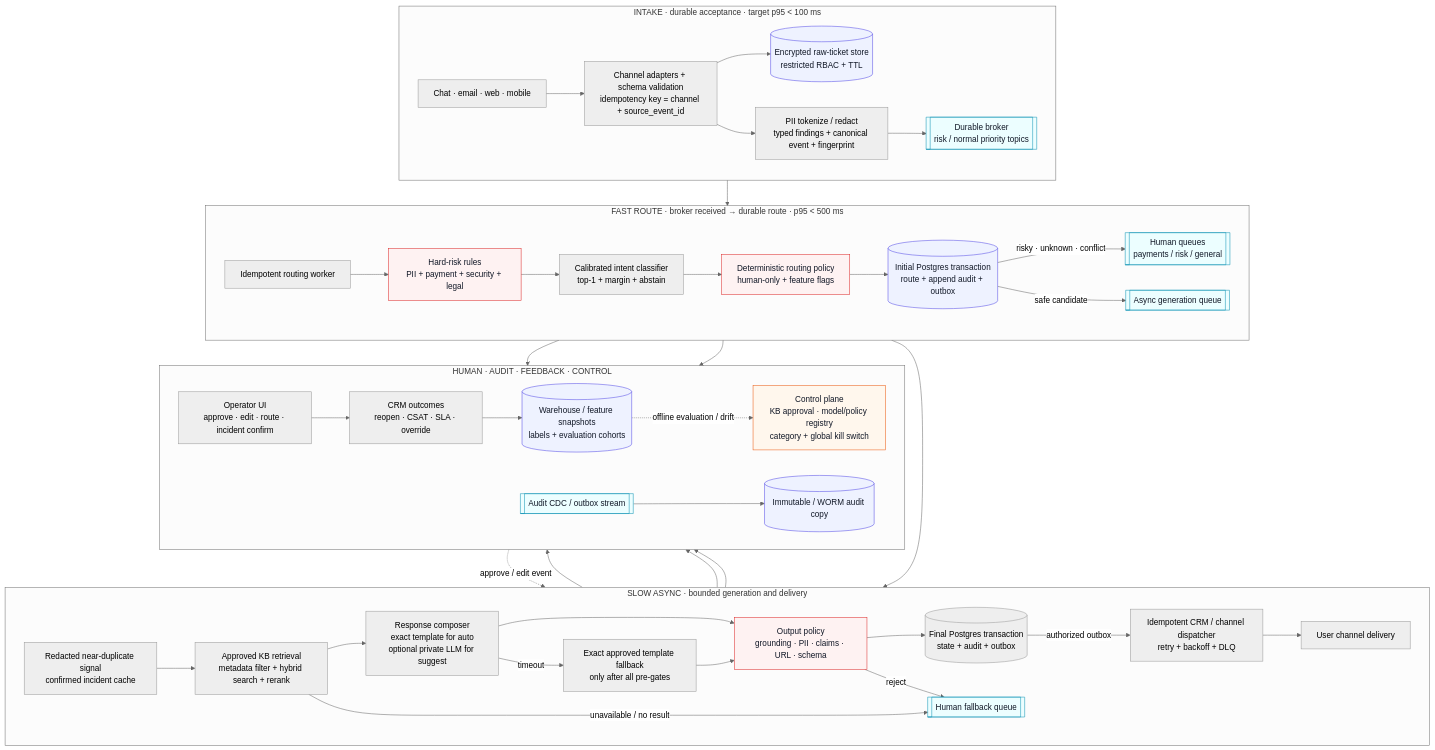
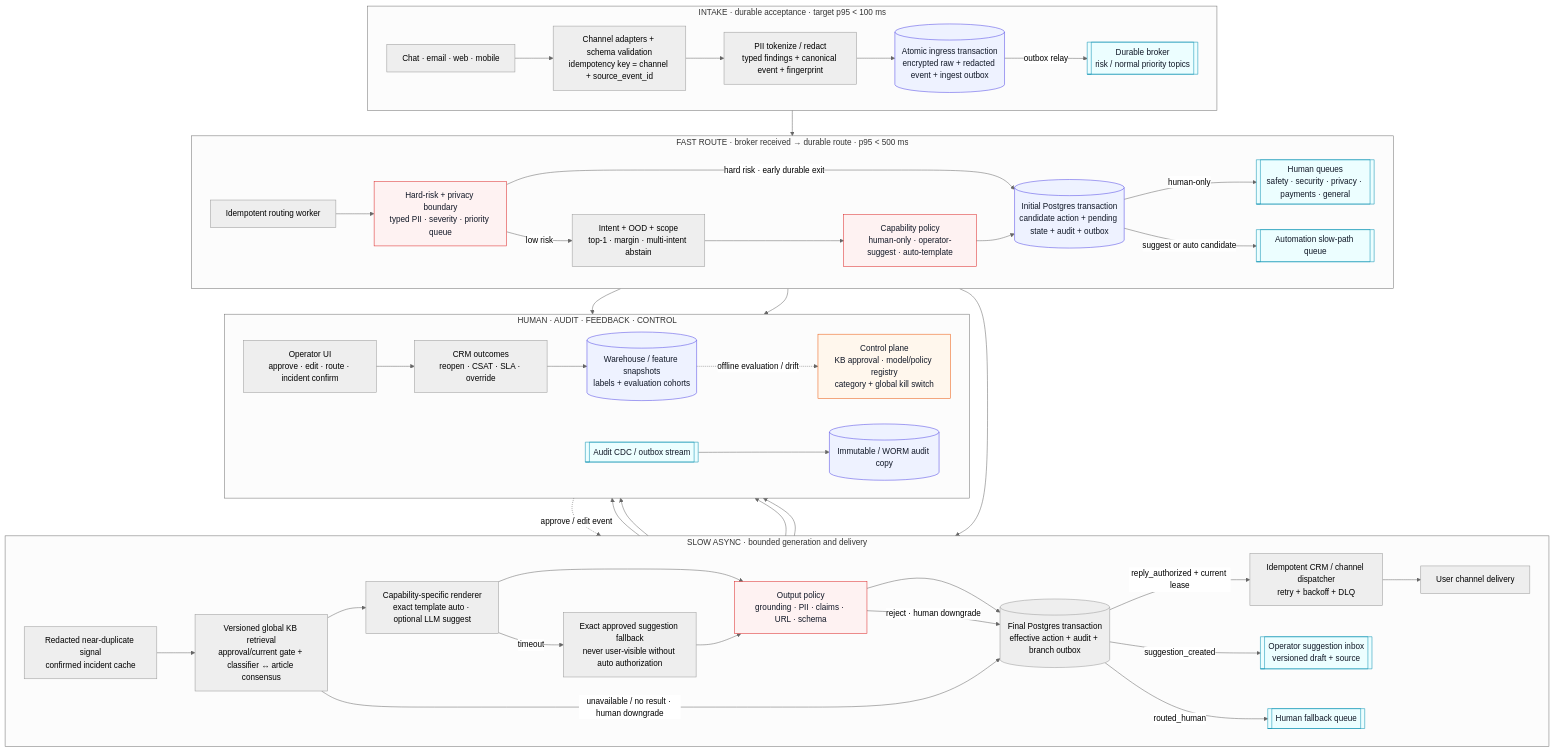
One commit to corodod/support-ticket-automation-poc changed the diagram in docs/diagrams/system.mmd. Above: the diagram before and after it, drawn with Mermaid (neutral theme). The commit also changed 35 other files, not shown here.

```diff
--- a/docs/diagrams/system.mmd
+++ b/docs/diagrams/system.mmd
@@ -1,78 +1,84 @@
 flowchart TB
     classDef storage fill:#eef2ff,stroke:#4f46e5,color:#111827
     classDef controlNode fill:#fff7ed,stroke:#ea580c,color:#111827
     classDef safety fill:#fef2f2,stroke:#dc2626,color:#111827
     classDef async fill:#ecfeff,stroke:#0891b2,color:#111827
 
     subgraph intake["INTAKE · durable acceptance · target p95 < 100 ms"]
         direction LR
         channels["Chat · email · web · mobile"]
         adapters["Channel adapters + schema validation<br/>idempotency key = channel + source_event_id"]
-        raw[("Encrypted raw-ticket store<br/>restricted RBAC + TTL")]
         redact["PII tokenize / redact<br/>typed findings + canonical event + fingerprint"]
+        raw[("Atomic ingress transaction<br/>encrypted raw + redacted event + ingest outbox")]
         broker[["Durable broker<br/>risk / normal priority topics"]]
 
         channels --> adapters
-        adapters --> raw
-        adapters --> redact --> broker
+        adapters --> redact --> raw
+        raw -->|"outbox relay"| broker
     end
 
     subgraph fast["FAST ROUTE · broker received → durable route · p95 < 500 ms"]
         direction LR
         consumer["Idempotent routing worker"]
-        rules["Hard-risk rules<br/>PII + payment + security + legal"]
-        intent["Calibrated intent classifier<br/>top-1 + margin + abstain"]
-        router["Deterministic routing policy<br/>human-only + feature flags"]
-        decision[("Initial Postgres transaction<br/>route + append audit + outbox")]
-        humanq[["Human queues<br/>payments / risk / general"]]
-        genq[["Async generation queue"]]
+        rules["Hard-risk + privacy boundary<br/>typed PII · severity · priority queue"]
+        intent["Intent + OOD + scope<br/>top-1 · margin · multi-intent abstain"]
+        router["Capability policy<br/>human-only · operator-suggest · auto-template"]
+        decision[("Initial Postgres transaction<br/>candidate action + pending state + audit + outbox")]
+        humanq[["Human queues<br/>safety · security · privacy · payments · general"]]
+        genq[["Automation slow-path queue"]]
 
-        broker --> consumer --> rules --> intent --> router --> decision
-        decision -->|"risky · unknown · conflict"| humanq
-        decision -->|"safe candidate"| genq
+        broker --> consumer --> rules
+        rules -->|"hard risk · early durable exit"| decision
+        rules -->|"low risk"| intent --> router --> decision
+        decision -->|"human-only"| humanq
+        decision -->|"suggest or auto candidate"| genq
     end
 
     subgraph slow["SLOW ASYNC · bounded generation and delivery"]
         direction LR
         incident["Redacted near-duplicate signal<br/>confirmed incident cache"]
-        retrieval["Approved KB retrieval<br/>metadata filter + hybrid search + rerank"]
-        composer["Response composer<br/>exact template for auto<br/>optional private LLM for suggest"]
-        template["Exact approved template fallback<br/>only after all pre-gates"]
+        retrieval["Versioned global KB retrieval<br/>approval/current gate + classifier ↔ article consensus"]
+        composer["Capability-specific renderer<br/>exact template auto · optional LLM suggest"]
+        template["Exact approved suggestion fallback<br/>never user-visible without auto authorization"]
         output["Output policy<br/>grounding · PII · claims · URL · schema"]
-        finaltx[("Final Postgres transaction<br/>state + audit + outbox")]
+        finaltx[("Final Postgres transaction<br/>effective action + audit + branch outbox")]
         dispatcher["Idempotent CRM / channel dispatcher<br/>retry + backoff + DLQ"]
         delivery["User channel delivery"]
+        suggestq[["Operator suggestion inbox<br/>versioned draft + source"]]
         fallbackq[["Human fallback queue"]]
 
         genq --> incident --> retrieval --> composer --> output --> finaltx
-        retrieval -->|"unavailable / no result"| fallbackq
+        retrieval -->|"unavailable / no result · human downgrade"| finaltx
         composer -->|"timeout"| template --> output
-        finaltx -->|"authorized outbox"| dispatcher --> delivery
-        output -->|"reject"| fallbackq
+        output -->|"reject · human downgrade"| finaltx
+        finaltx -->|"reply_authorized + current lease"| dispatcher --> delivery
+        finaltx -->|"suggestion_created"| suggestq
+        finaltx -->|"routed_human"| fallbackq
     end
 
     subgraph operations["HUMAN · AUDIT · FEEDBACK · CONTROL"]
         direction LR
         operator["Operator UI<br/>approve · edit · route · incident confirm"]
         crm["CRM outcomes<br/>reopen · CSAT · SLA · override"]
         warehouse[("Warehouse / feature snapshots<br/>labels + evaluation cohorts")]
         control["Control plane<br/>KB approval · model/policy registry<br/>category + global kill switch"]
         auditstream[["Audit CDC / outbox stream"]]
         worm[("Immutable / WORM audit copy")]
 
         operator --> crm --> warehouse
         warehouse -. "offline evaluation / drift" .-> control
         auditstream --> worm
     end
 
     humanq --> operator
+    suggestq --> operator
     fallbackq --> operator
     operator -. "approve / edit event" .-> finaltx
     delivery --> crm
     decision --> auditstream
     finaltx --> auditstream
 
     class raw,decision,warehouse,worm storage
-    class broker,humanq,genq,fallbackq,auditstream async
+    class broker,humanq,genq,suggestq,fallbackq,auditstream async
     class rules,router,output safety
     class control controlNode
```
